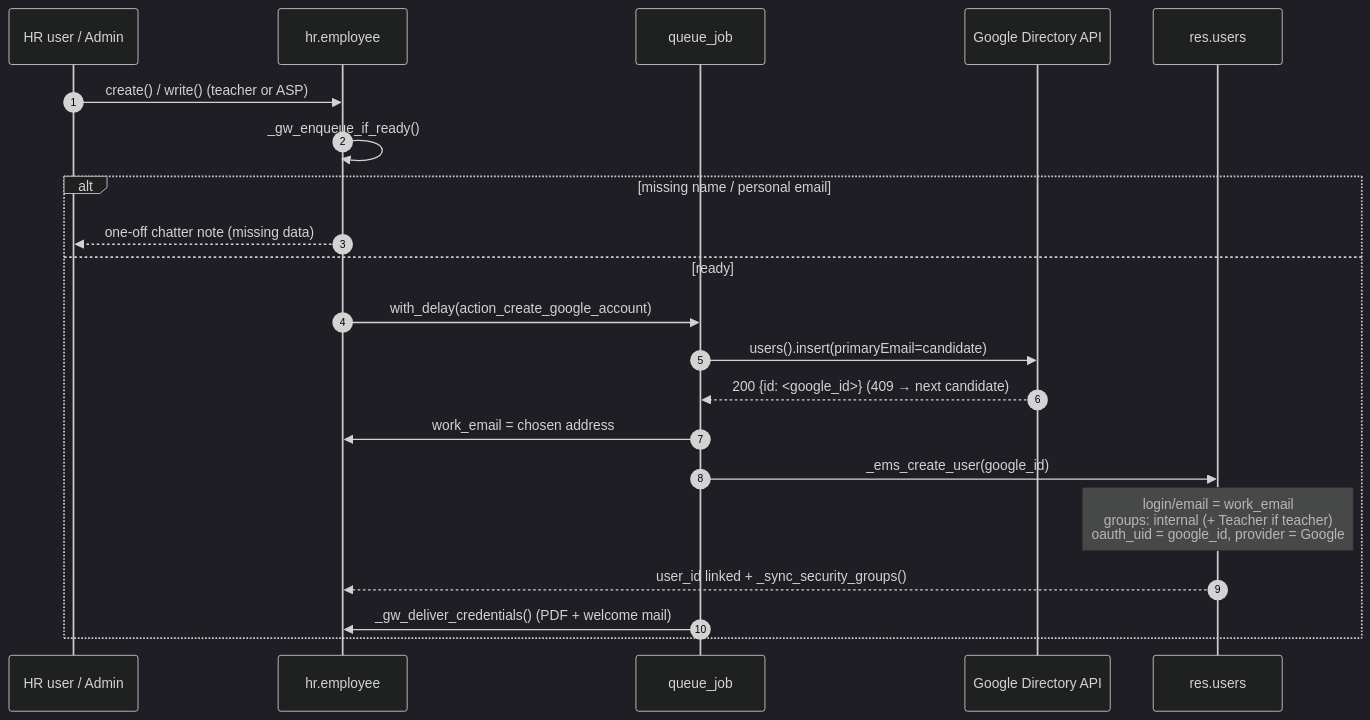
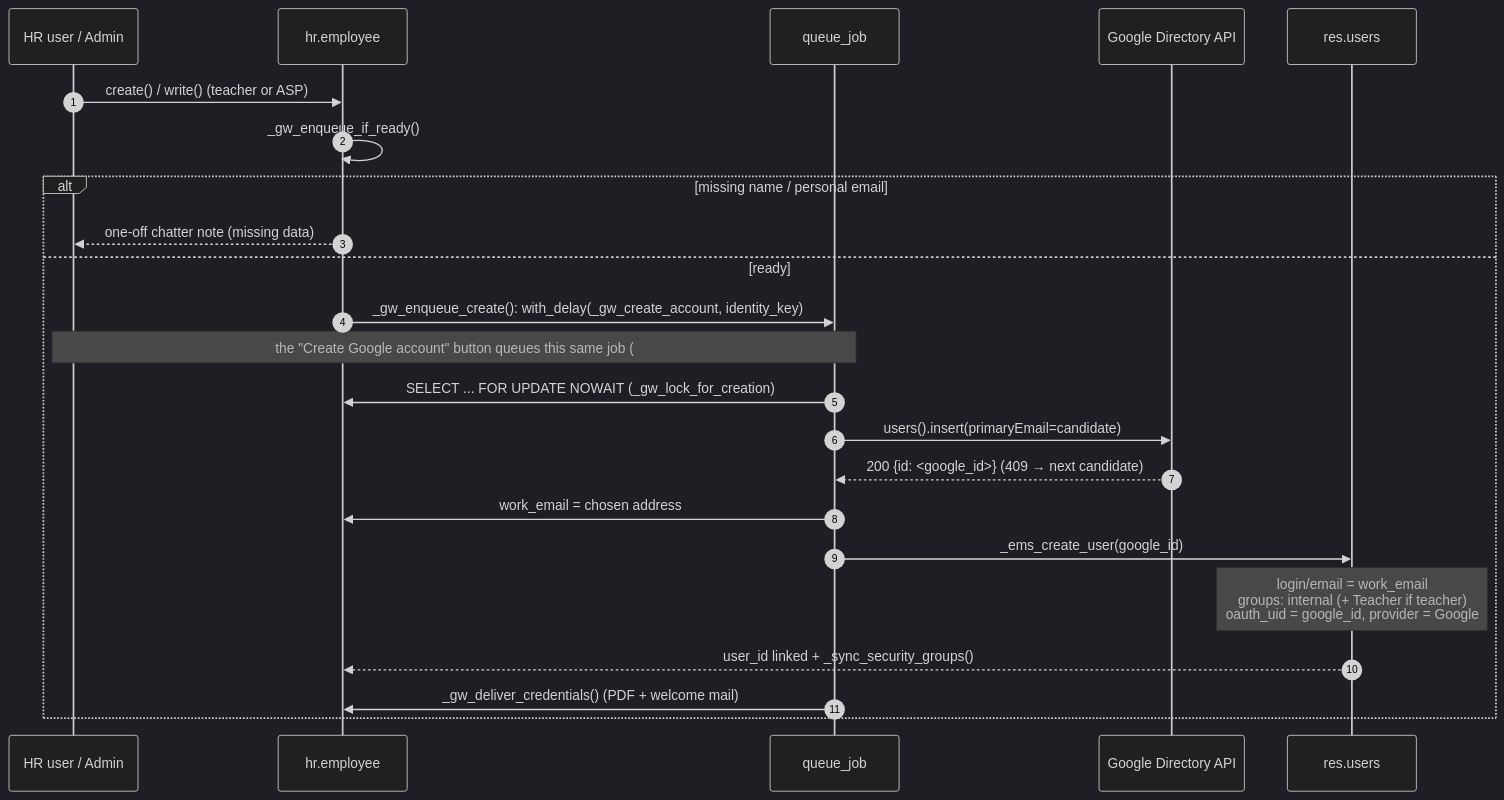
The first of 4 diagrams in docs/en/developers/employees/google_workspace_staff.md (ElPuig/EMS), drawn with Mermaid (dark theme) before and after one commit. The commit also changed other lines of this file and 106 other files, not shown here.

````diff
--- a/docs/en/developers/employees/google_workspace_staff.md
+++ b/docs/en/developers/employees/google_workspace_staff.md
@@ -18,24 +18,26 @@
 ```mermaid
 sequenceDiagram
     autonumber
     participant HR as HR user / Admin
     participant EMP as hr.employee
     participant Q as queue_job
     participant G as Google Directory API
     participant U as res.users
 
     HR->>EMP: create() / write() (teacher or ASP)
     EMP->>EMP: _gw_enqueue_if_ready()
     alt missing name / personal email
         EMP-->>HR: one-off chatter note (missing data)
     else ready
-        EMP->>Q: with_delay(action_create_google_account)
+        EMP->>Q: _gw_enqueue_create(): with_delay(_gw_create_account, identity_key)
+        Note over HR,Q: the "Create Google account" button queues this same job (#582)
+        Q->>EMP: SELECT ... FOR UPDATE NOWAIT (_gw_lock_for_creation)
         Q->>G: users().insert(primaryEmail=candidate)
         G-->>Q: 200 {id: <google_id>} (409 → next candidate)
         Q->>EMP: work_email = chosen address
         Q->>U: _ems_create_user(google_id)
         Note over U: login/email = work_email<br/>groups: internal (+ Teacher if teacher)<br/>oauth_uid = google_id, provider = Google
         U-->>EMP: user_id linked + _sync_security_groups()
         Q->>EMP: _gw_deliver_credentials() (PDF + welcome mail)
     end
 ```
````
